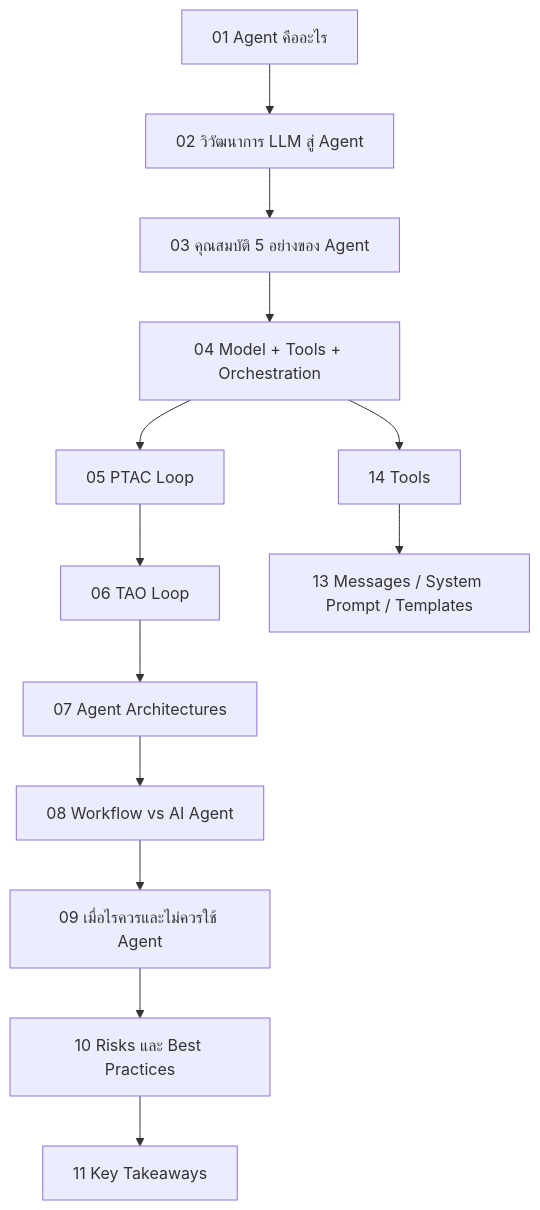
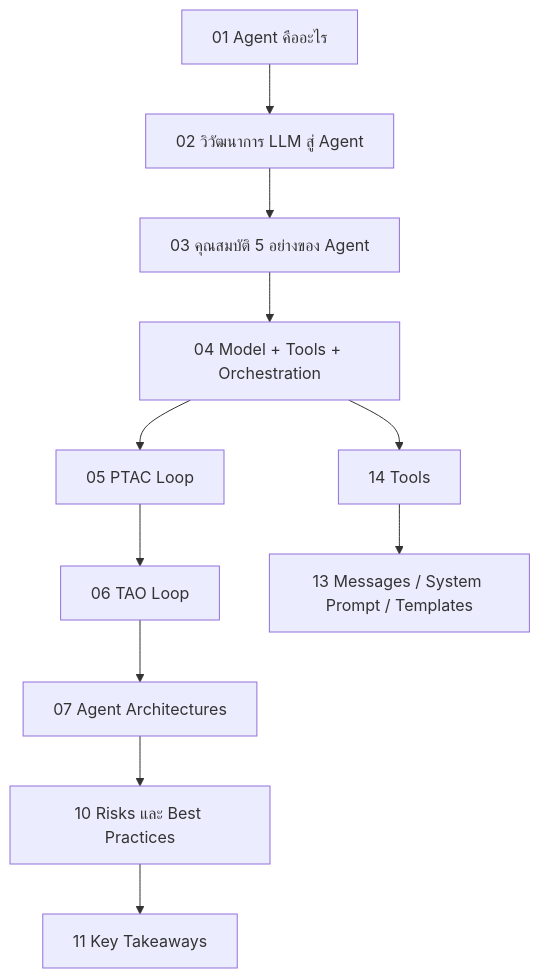
The second of 2 diagrams in 02 AI Systems/AI Agent Fundamentals/AI Agent Fundamentals - MOC.md (lattapon-aek/Knowledge), drawn with Mermaid before and after one commit. The commit also changed other lines of this file and 6 other files, not shown here.

Commit message:
Move workflow comparison and agent decision notes

````diff
--- a/02 AI Systems/AI Agent Fundamentals/AI Agent Fundamentals - MOC.md
+++ b/02 AI Systems/AI Agent Fundamentals/AI Agent Fundamentals - MOC.md
@@ -83,15 +83,13 @@
 ```mermaid
 flowchart TD
     A["01 Agent คืออะไร"] --> B["02 วิวัฒนาการ LLM สู่ Agent"]
     B --> C["03 คุณสมบัติ 5 อย่างของ Agent"]
     C --> D["04 Model + Tools + Orchestration"]
     D --> E["05 PTAC Loop"]
     E --> F["06 TAO Loop"]
     F --> G["07 Agent Architectures"]
-    G --> H["08 Workflow vs AI Agent"]
-    H --> I["09 เมื่อไรควรและไม่ควรใช้ Agent"]
     D --> J["14 Tools"]
     J --> K["13 Messages / System Prompt / Templates"]
-    I --> L["10 Risks และ Best Practices"]
-    L --> M["11 Key Takeaways"]
+    G --> H["10 Risks และ Best Practices"]
+    H --> I["11 Key Takeaways"]
 ```
````
